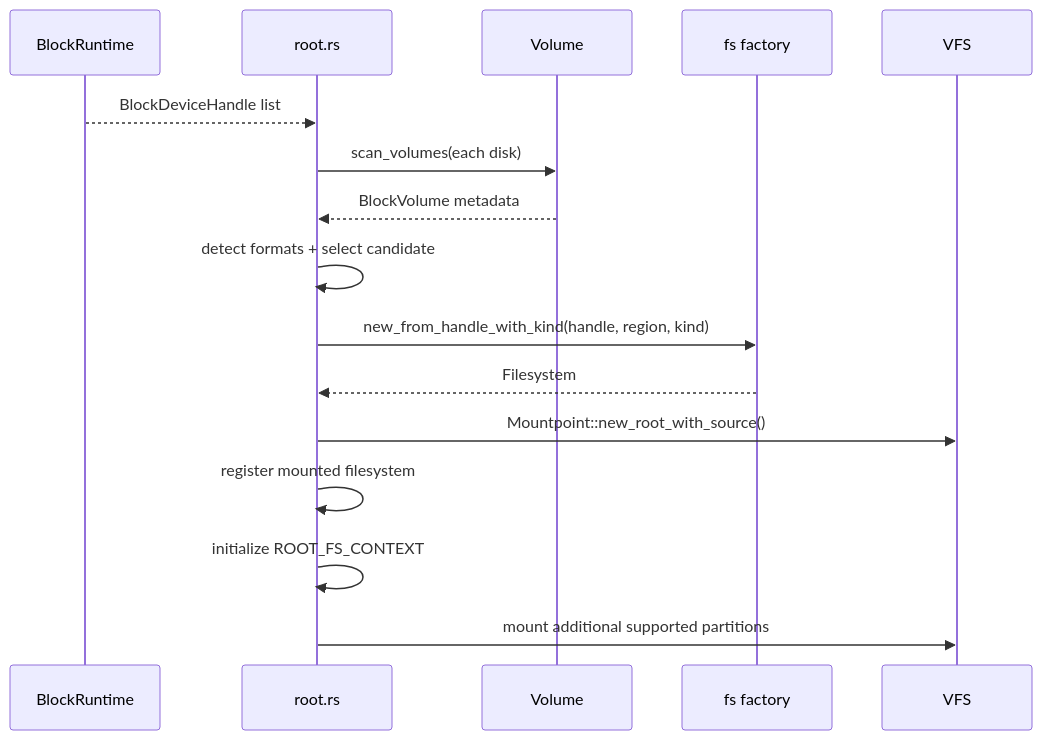
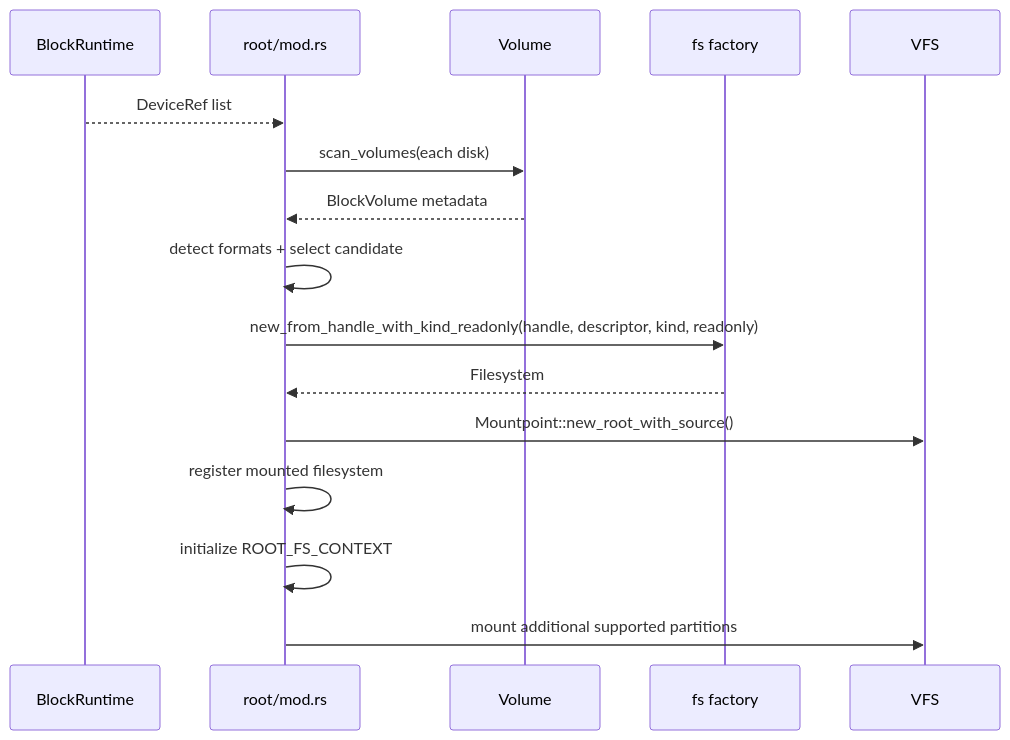
The diagram in docs/docs/architecture/fs/filesystems-root.md (rcore-os/tgoskits), drawn with Mermaid before and after one commit. The commit also changed other lines of this file and 267 other files, not shown here.

````diff
--- a/docs/docs/architecture/fs/filesystems-root.md
+++ b/docs/docs/architecture/fs/filesystems-root.md
@@ -79,19 +82,19 @@
 ```mermaid
 sequenceDiagram
     participant Runtime as BlockRuntime
-    participant Root as root.rs
+    participant Root as root/mod.rs
     participant Volume
     participant Factory as fs factory
     participant VFS
 
-    Runtime-->>Root: BlockDeviceHandle list
+    Runtime-->>Root: DeviceRef list
     Root->>Volume: scan_volumes(each disk)
     Volume-->>Root: BlockVolume metadata
     Root->>Root: detect formats + select candidate
-    Root->>Factory: new_from_handle_with_kind(handle, region, kind)
+    Root->>Factory: new_from_handle_with_kind_readonly(handle, descriptor, kind, readonly)
     Factory-->>Root: Filesystem
     Root->>VFS: Mountpoint::new_root_with_source()
     Root->>Root: register mounted filesystem
     Root->>Root: initialize ROOT_FS_CONTEXT
     Root->>VFS: mount additional supported partitions
 ```
````
